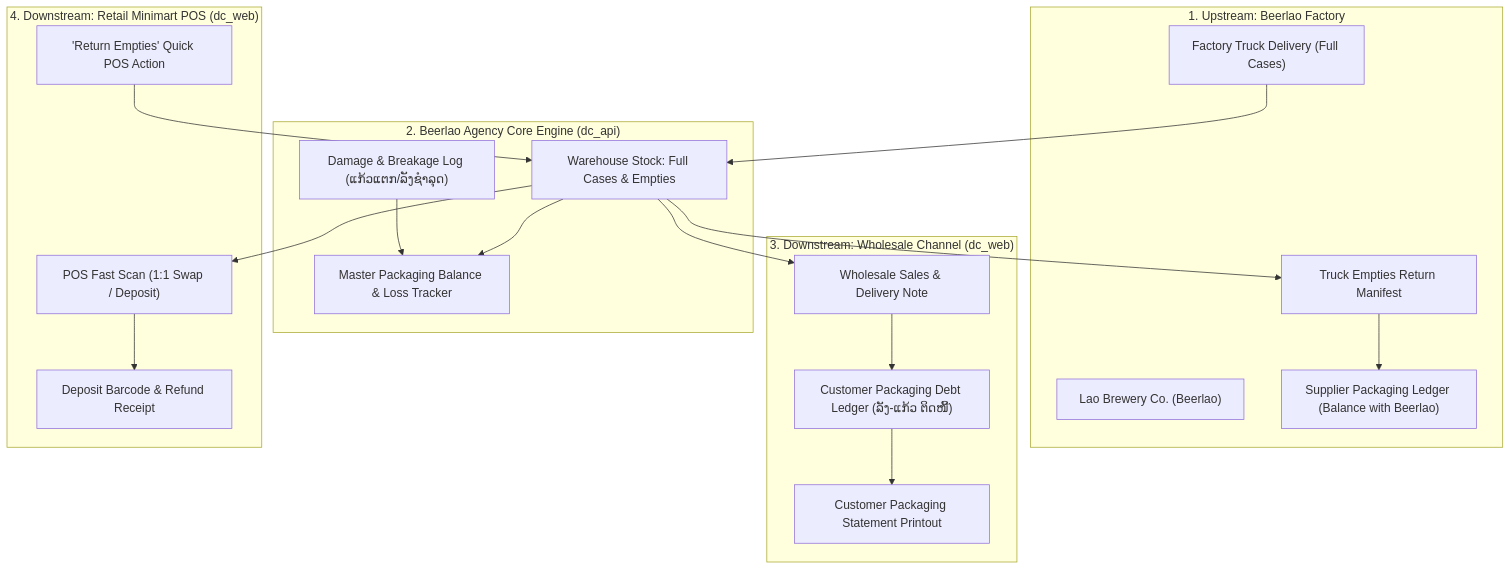
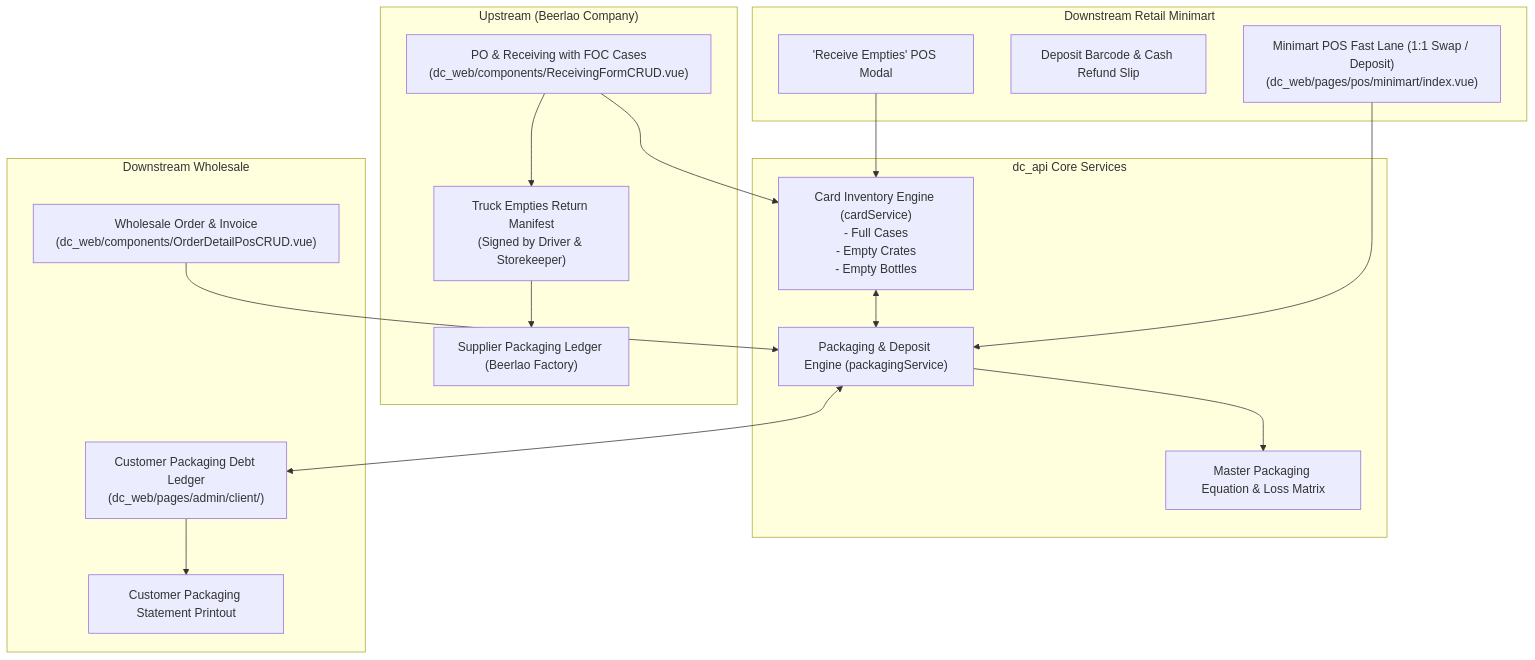
The diagram in returnable_packaging_implementation_plan.md (soubinkittiphanh/bae_one_store_api), drawn with Mermaid before and after one commit. The commit also changed other lines of this file and 54 other files, not shown here.

Commit message:
UPDATE BEERLAO AGENCY api

````diff
--- a/returnable_packaging_implementation_plan.md
+++ b/returnable_packaging_implementation_plan.md
@@ -22,42 +27,36 @@
 ```mermaid
 flowchart TD
-    subgraph Upstream["1. Upstream: Beerlao Factory"]
-        Factory["Lao Brewery Co. (Beerlao)"]
-        FactoryDelivery["Factory Truck Delivery (Full Cases)"]
-        FactoryReturn["Truck Empties Return Manifest"]
-        FactoryLedger["Supplier Packaging Ledger (Balance with Beerlao)"]
+    subgraph Upstream["Upstream (Beerlao Company)"]
+        PO["PO & Receiving with FOC Cases<br/>(dc_web/components/ReceivingFormCRUD.vue)"]
+        TruckManifest["Truck Empties Return Manifest<br/>(Signed by Driver & Storekeeper)"]
+        SupplierLedger["Supplier Packaging Ledger (Beerlao Factory)"]
     end
 
-    subgraph Agency["2. Beerlao Agency Core Engine (dc_api)"]
-        WhStock["Warehouse Stock: Full Cases & Empties"]
-        MasterMatrix["Master Packaging Balance & Loss Tracker"]
-        DamageLog["Damage & Breakage Log (ແກ້ວແຕກ/ລັງຊຳລຸດ)"]
+    subgraph CoreEngine["dc_api Core Services"]
+        CardStock["Card Inventory Engine (cardService)<br/>- Full Cases<br/>- Empty Crates<br/>- Empty Bottles"]
+        PkgService["Packaging & Deposit Engine (packagingService)"]
+        AuditMatrix["Master Packaging Equation & Loss Matrix"]
     end
 
-    subgraph Wholesale["3. Downstream: Wholesale Channel (dc_web)"]
-        WInvoice["Wholesale Sales & Delivery Note"]
-        CustLedger["Customer Packaging Debt Ledger (ລັງ-ແກ້ວ ຕິດໜີ້)"]
-        CustStatement["Customer Packaging Statement Printout"]
+    subgraph Wholesale["Downstream Wholesale"]
+        WOrder["Wholesale Order & Invoice<br/>(dc_web/components/OrderDetailPosCRUD.vue)"]
+        CustLedger["Customer Packaging Debt Ledger<br/>(dc_web/pages/admin/client/)"]
+        CustStmt["Customer Packaging Statement Printout"]
     end
 
-    subgraph Retail["4. Downstream: Retail Minimart POS (dc_web)"]
-        POSScan["POS Fast Scan (1:1 Swap / Deposit)"]
-        DepositSlip["Deposit Barcode & Refund Receipt"]
-        ReturnModal["'Return Empties' Quick POS Action"]
+    subgraph Retail["Downstream Retail Minimart"]
+        POS["Minimart POS Fast Lane (1:1 Swap / Deposit)<br/>(dc_web/pages/pos/minimart/index.vue)"]
+        DepositSlip["Deposit Barcode & Cash Refund Slip"]
+        ReturnModal["'Receive Empties' POS Modal"]
     end
 
-    FactoryDelivery --> WhStock
-    WhStock --> FactoryReturn
-    FactoryReturn --> FactoryLedger
-
-    WhStock --> WInvoice
-    WInvoice --> CustLedger
-    CustLedger --> CustStatement
-
-    WhStock --> POSScan
-    POSScan --> DepositSlip
-    ReturnModal --> WhStock
-
-    WhStock --> MasterMatrix
-    DamageLog --> MasterMatrix
+    PO --> CardStock
+    PO --> TruckManifest --> SupplierLedger
+    CardStock <--> PkgService
+    PkgService <--> CustLedger
+    WOrder --> PkgService
+    CustLedger --> CustStmt
+    POS --> PkgService
+    ReturnModal --> CardStock
+    PkgService --> AuditMatrix
 ```
````
